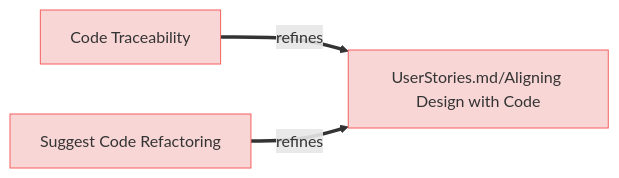
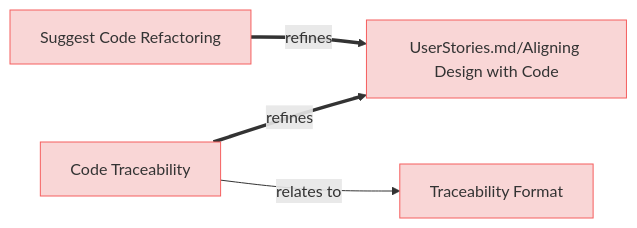
Before and after one commit to reqvire-org/reqvire: the second of 10 diagrams in specifications/UserRequirements.md, drawn with Mermaid. The commit also changed other lines of this file and 8 other files, not shown here.

Commit message:
DIagrams Update.

````diff
--- a/specifications/UserRequirements.md
+++ b/specifications/UserRequirements.md
@@ -126,20 +131,24 @@
 ```mermaid
 graph LR;
   %% Graph styling
   classDef requirement fill:#f9d6d6,stroke:#f55f5f,stroke-width:1px;
   classDef verification fill:#d6f9d6,stroke:#5fd75f,stroke-width:1px;
   classDef externalLink fill:#d0e0ff,stroke:#3080ff,stroke-width:1px;
   classDef default fill:#f5f5f5,stroke:#333333,stroke-width:1px;
 
+  5922f3ef03["Suggest Code Refactoring"];
+  click 5922f3ef03 "UserRequirements.md#suggest-code-refactoring";
+  class 5922f3ef03 requirement;
+  de2d3516cd["UserStories.md/Aligning Design with Code"];
+  class de2d3516cd requirement;
+  click de2d3516cd "UserStories.md#aligning-design-with-code";
+  5922f3ef03 ==>|refines| de2d3516cd;
   1fc4e44d5f["Code Traceability"];
   click 1fc4e44d5f "UserRequirements.md#code-traceability";
   class 1fc4e44d5f requirement;
-  de2d3516cd["UserStories.md/Aligning Design with Code"];
-  class de2d3516cd requirement;
-  click de2d3516cd "UserStories.md#aligning-design-with-code";
   1fc4e44d5f ==>|refines| de2d3516cd;
-  5922f3ef03["Suggest Code Refactoring"];
-  click 5922f3ef03 "UserRequirements.md#suggest-code-refactoring";
-  class 5922f3ef03 requirement;
-  5922f3ef03 ==>|refines| de2d3516cd;
+  bb213f1c85["Traceability Format"];
+  class bb213f1c85 requirement;
+  click bb213f1c85 "../todo_specifications/CodeTraecabilityRequirements.md#traceability-format";
+  1fc4e44d5f -->|relates to| bb213f1c85;
 ```
````
